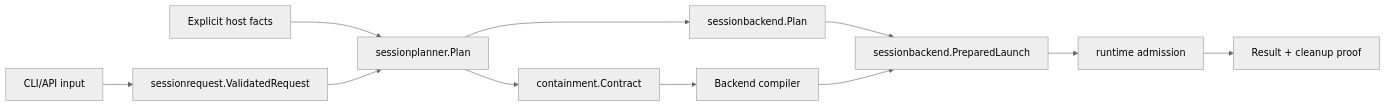
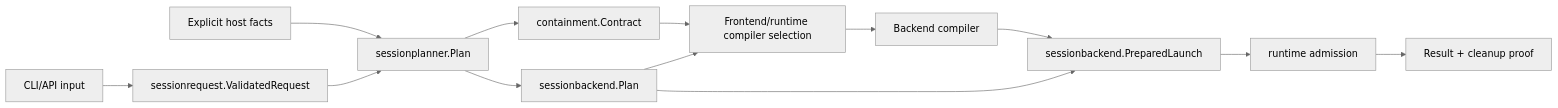
The fifth of 6 diagrams in docs/plans/2026-06-02-package-split-architecture.md (dredozubov/hazmat), drawn with Mermaid (neutral theme) before and after one commit. The commit also changed other lines of this file, not shown here.

````diff
--- a/docs/plans/2026-06-02-package-split-architecture.md
+++ b/docs/plans/2026-06-02-package-split-architecture.md
@@ -484,24 +553,27 @@
 ```mermaid
 flowchart LR
     flags["CLI/API input"]
     request["sessionrequest.ValidatedRequest"]
     facts["Explicit host facts"]
     plan["sessionplanner.Plan"]
     contract["containment.Contract"]
     backend["sessionbackend.Plan"]
+    selector["Frontend/runtime compiler selection"]
     compiler["Backend compiler"]
     prepared["sessionbackend.PreparedLaunch"]
     runtime["runtime admission"]
     result["Result + cleanup proof"]
 
     flags --> request
     facts --> plan
     request --> plan
     plan --> contract
     plan --> backend
-    contract --> compiler
+    contract --> selector
+    backend --> selector
+    selector --> compiler
+    compiler --> prepared
     backend --> prepared
-    compiler --> prepared
     prepared --> runtime
     runtime --> result
 ```
````
